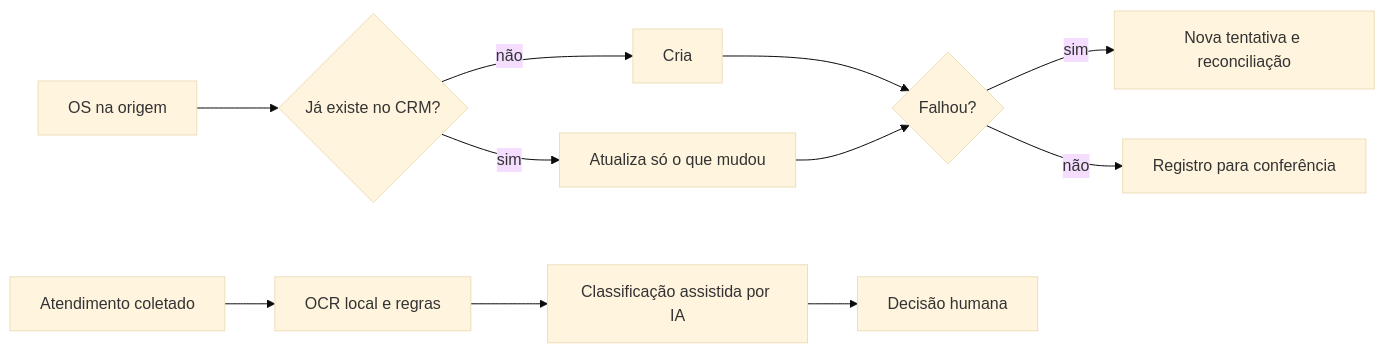
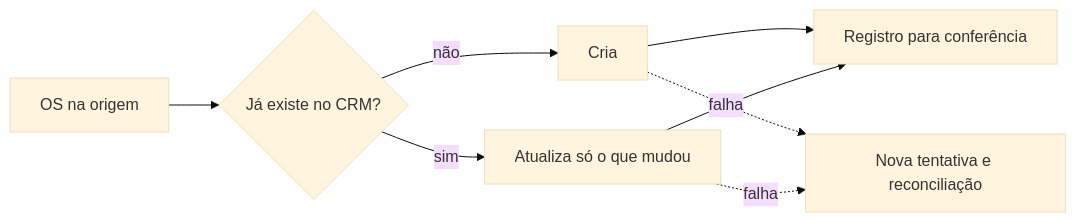
One commit to JvFaraco/Jvfaraco changed the first of 2 diagrams in README.md. Above: the diagram before and after it, drawn with Mermaid (base theme). The commit also changed other lines of this file, not shown here.

Commit message:
feat: ajustes finais do README
Chamada de contato, MBA visível abaixo do cargo e fluxos Mermaid em dois
diagramas pequenos (CRM e pré-validação).

````diff
--- a/README.md
+++ b/README.md
@@ -38,8 +38,8 @@
 ```mermaid
 flowchart LR
-  A[OS na origem] --> B{Já existe no CRM?} -- não --> C[Cria] --> E{Falhou?}
-  B -- sim --> D[Atualiza só o que mudou] --> E
-  E -- sim --> F[Nova tentativa e reconciliação]
-  E -- não --> G[Registro para conferência]
-  H[Atendimento coletado] --> I[OCR local e regras] --> J[Classificação assistida por IA] --> K[Decisão humana]
+  A[OS na origem] --> B{Já existe no CRM?}
+  B -- não --> C[Cria]
+  B -- sim --> D[Atualiza só o que mudou]
+  C & D --> E[Registro para conferência]
+  C & D -. falha .-> F[Nova tentativa e reconciliação]
 ```
````
